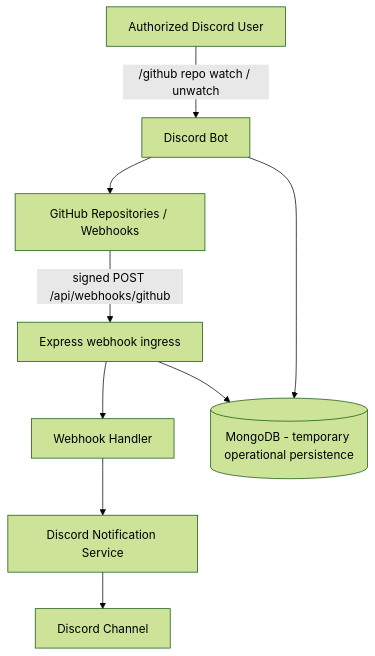
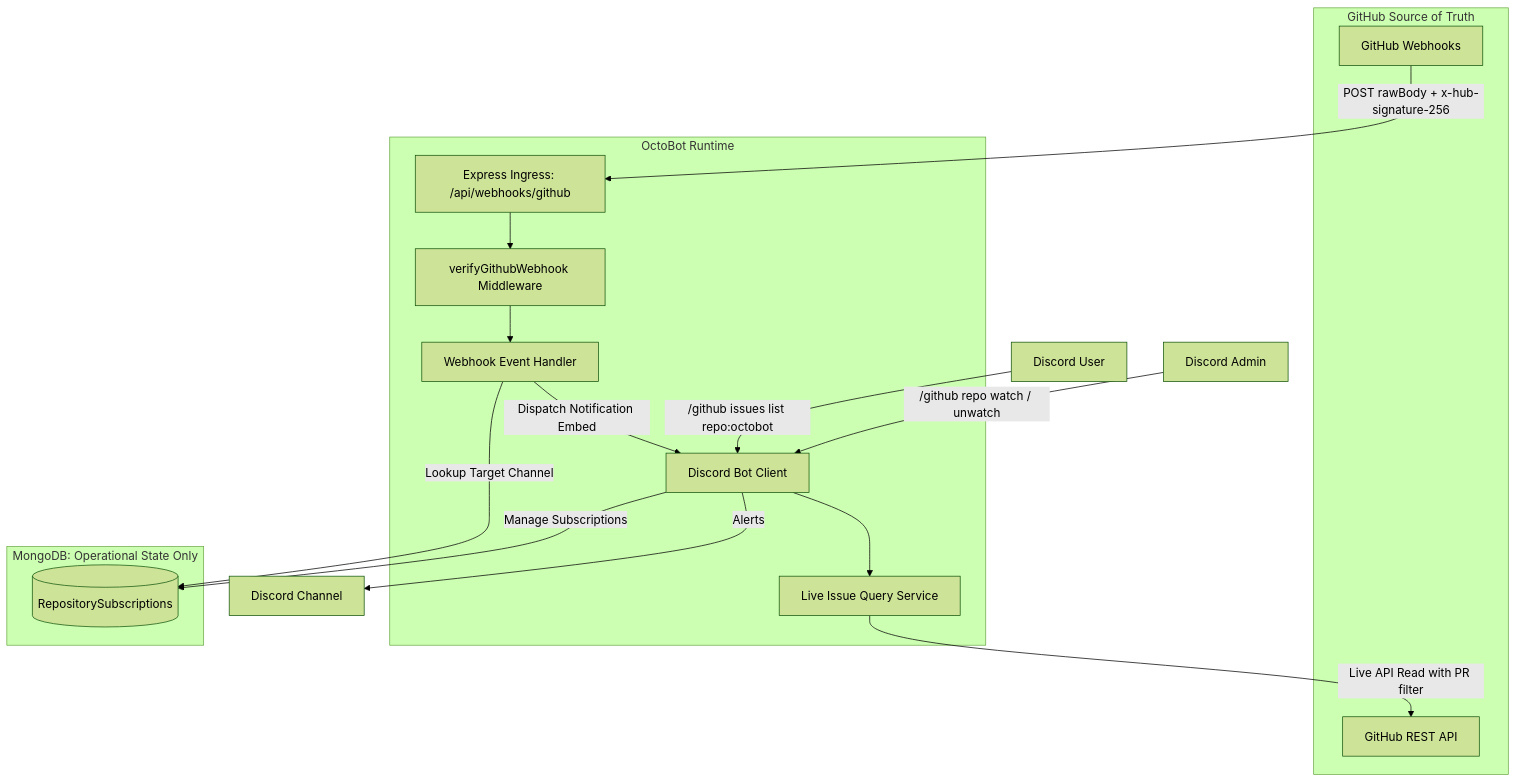
The diagram in README.md (sandovaldavid/octobot), drawn with Mermaid (forest theme) before and after one commit. The commit also changed other lines of this file and 26 other files, not shown here.

Commit message:
refactor(persistence): remove github mirroring and persist only subscriptions

````diff
--- a/README.md
+++ b/README.md
@@ -42,11 +41,33 @@
 ```mermaid
 graph TD
-    GH[GitHub Repositories / Webhooks] -->|signed POST /api/webhooks/github| API[Express webhook ingress]
-    User[Authorized Discord User] -->|/github repo watch / unwatch| Bot[Discord Bot]
-    API --> Handler[Webhook Handler]
-    Handler --> DiscordSvc[Discord Notification Service]
-    DiscordSvc --> Channel[Discord Channel]
-    Bot --> GH
-    Bot --> Mongo[(MongoDB - temporary operational persistence)]
-    API --> Mongo
+    subgraph GitHub [GitHub Source of Truth]
+        GH_Hook[GitHub Webhooks]
+        GH_API[GitHub REST API]
+    end
+
+    subgraph OctoBot [OctoBot Runtime]
+        Ingress[Express Ingress: /api/webhooks/github]
+        HMAC[verifyGithubWebhook Middleware]
+        Handler[Webhook Event Handler]
+        DiscordClient[Discord Bot Client]
+        IssueSvc[Live Issue Query Service]
+    end
+
+    subgraph Storage [MongoDB: Operational State Only]
+        Subs[(RepositorySubscriptions)]
+    end
+
+    GH_Hook -->|POST rawBody + x-hub-signature-256| Ingress
+    Ingress --> HMAC
+    HMAC --> Handler
+    Handler -->|Lookup Target Channel| Subs
+    Handler -->|Dispatch Notification Embed| DiscordClient
+    DiscordClient -->|Alerts| DiscordChannel[Discord Channel]
+
+    DiscordUser[Discord User] -->|/github issues list repo:octobot| DiscordClient
+    DiscordClient --> IssueSvc
+    IssueSvc -->|Live API Read with PR filter| GH_API
+
+    DiscordAdmin[Discord Admin] -->|/github repo watch / unwatch| DiscordClient
+    DiscordClient -->|Manage Subscriptions| Subs
 ```
````
